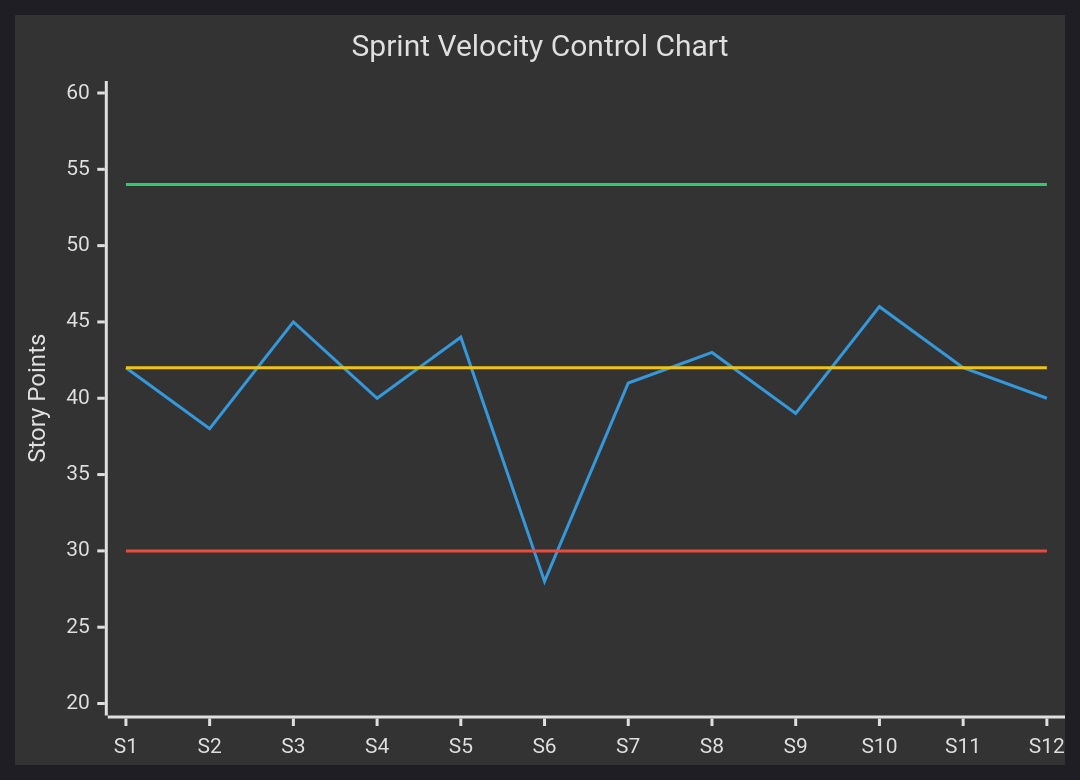
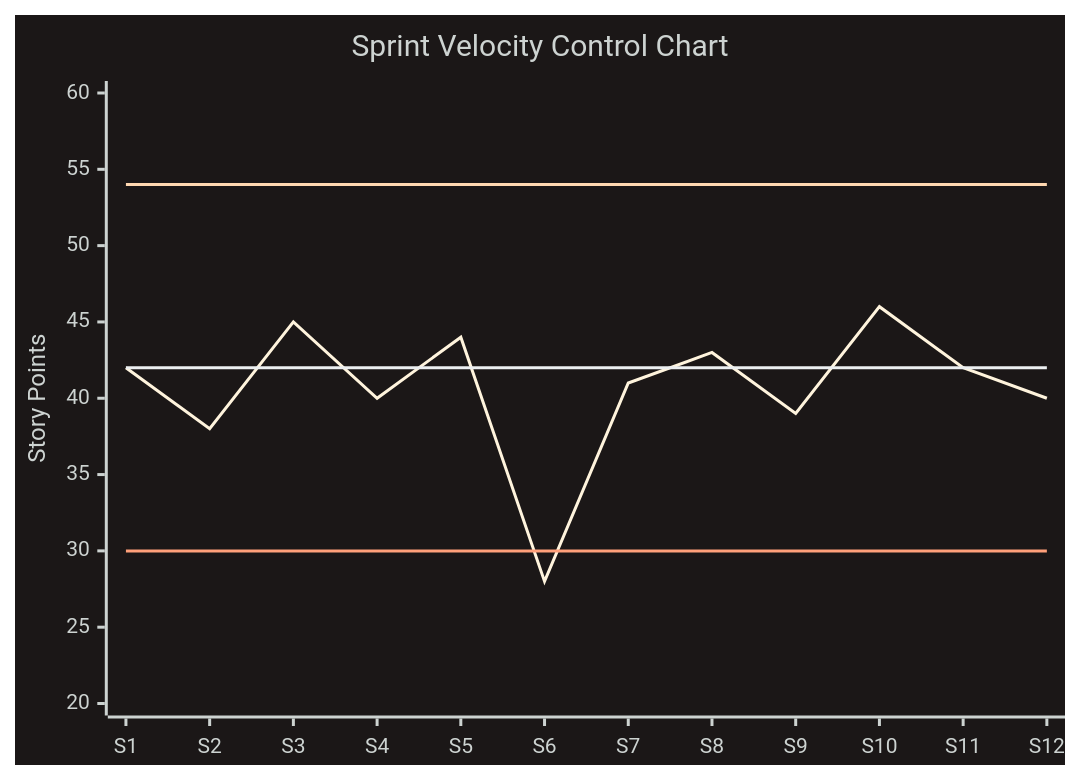
The fourth of 7 diagrams in software-engineering-note/09_Software_Engineering_Management/10_Quality_Planning_and_Process_Monitoring.md (oat431/swe-knowledge), drawn with Mermaid before and after one commit. The commit also changed other lines of this file and 11 other files, not shown here.

````diff
--- a/software-engineering-note/09_Software_Engineering_Management/10_Quality_Planning_and_Process_Monitoring.md
+++ b/software-engineering-note/09_Software_Engineering_Management/10_Quality_Planning_and_Process_Monitoring.md
@@ -228,11 +234,11 @@
 ```mermaid
-%%{init: {'theme':'dark'}}%%
+%%{init: {'theme':'base','themeVariables':{'primaryColor':'#19362D','primaryTextColor':'#CDD3D1','primaryBorderColor':'#1FB854','lineColor':'#1FB854','secondaryColor':'#161212','tertiaryColor':'#1B1717','background':'#1B1717','mainBkg':'#19362D','nodeBorder':'#1FB854','clusterBkg':'#161212','clusterBorder':'#19362D','titleColor':'#1FB854','edgeLabelBackground':'#161212','fontSize':'14px'}}}%%
 xychart-beta
     title "Sprint Velocity Control Chart"
     x-axis ["S1","S2","S3","S4","S5","S6","S7","S8","S9","S10","S11","S12"]
     y-axis "Story Points" 20 --> 60
     line [42,38,45,40,44,28,41,43,39,46,42,40]
     line [54,54,54,54,54,54,54,54,54,54,54,54]
     line [30,30,30,30,30,30,30,30,30,30,30,30]
     line [42,42,42,42,42,42,42,42,42,42,42,42]
 ```
````
